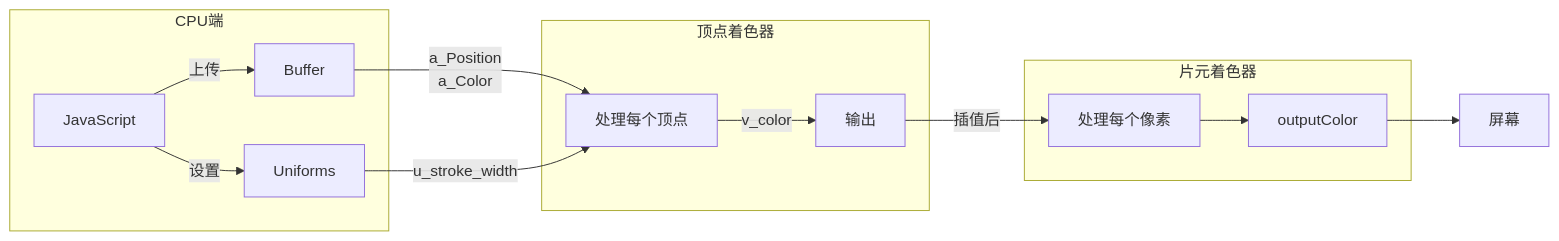
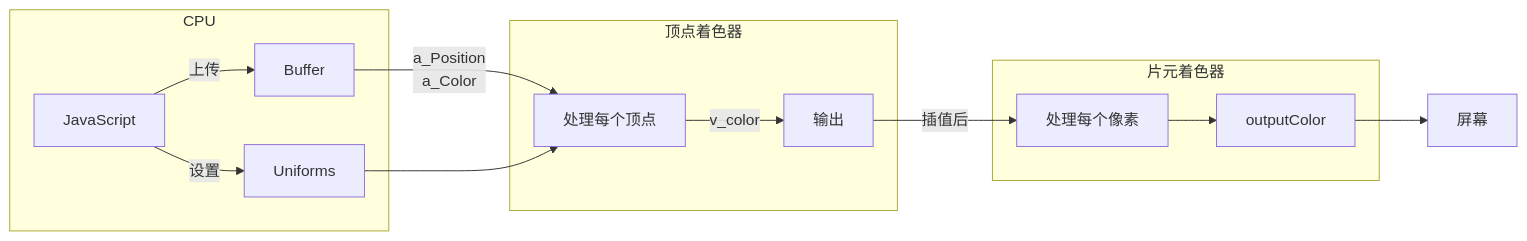
The sixth of 6 diagrams in person-docs/webgl-fundamentals.md (chenmijiang/L7), drawn with Mermaid before and after one commit. The commit also changed other lines of this file, not shown here.

````diff
--- a/person-docs/webgl-fundamentals.md
+++ b/person-docs/webgl-fundamentals.md
@@ -402,20 +286,20 @@
 ```mermaid
 flowchart LR
-    subgraph CPU端
+    subgraph CPU
         JS[JavaScript] -->|设置| U[Uniforms]
         JS -->|上传| B[Buffer]
     end
 
     subgraph 顶点着色器
         B -->|a_Position<br>a_Color| VS[处理每个顶点]
-        U -->|u_stroke_width| VS
-        VS -->|v_color| OUT1[输出]
+        U --> VS
+        VS -->|v_color| O1[输出]
     end
 
     subgraph 片元着色器
-        OUT1 -->|插值后| FS[处理每个像素]
-        FS --> COLOR[outputColor]
+        O1 -->|插值后| FS[处理每个像素]
+        FS --> C[outputColor]
     end
 
-    COLOR --> 屏幕
+    C --> 屏幕
 ```
````
